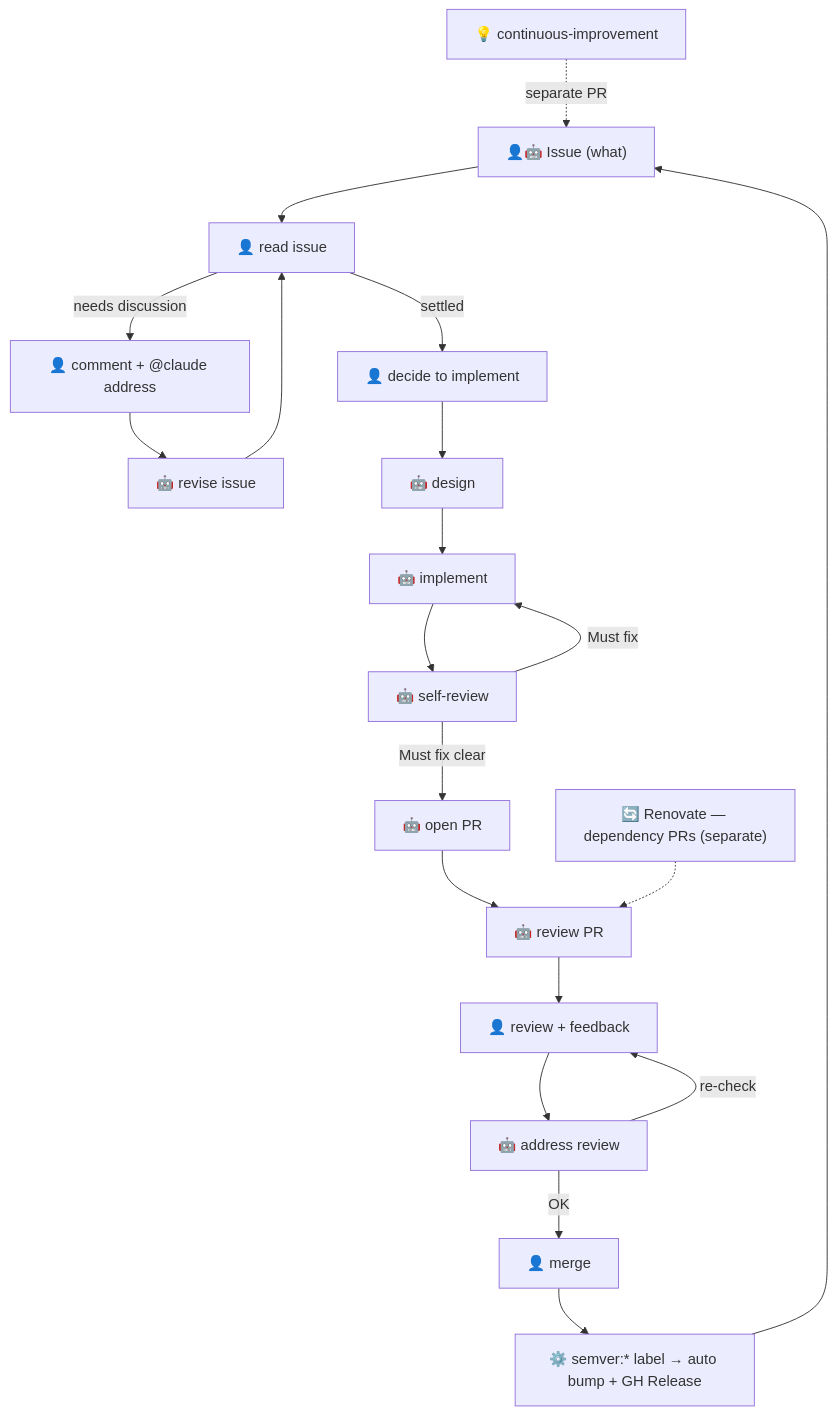
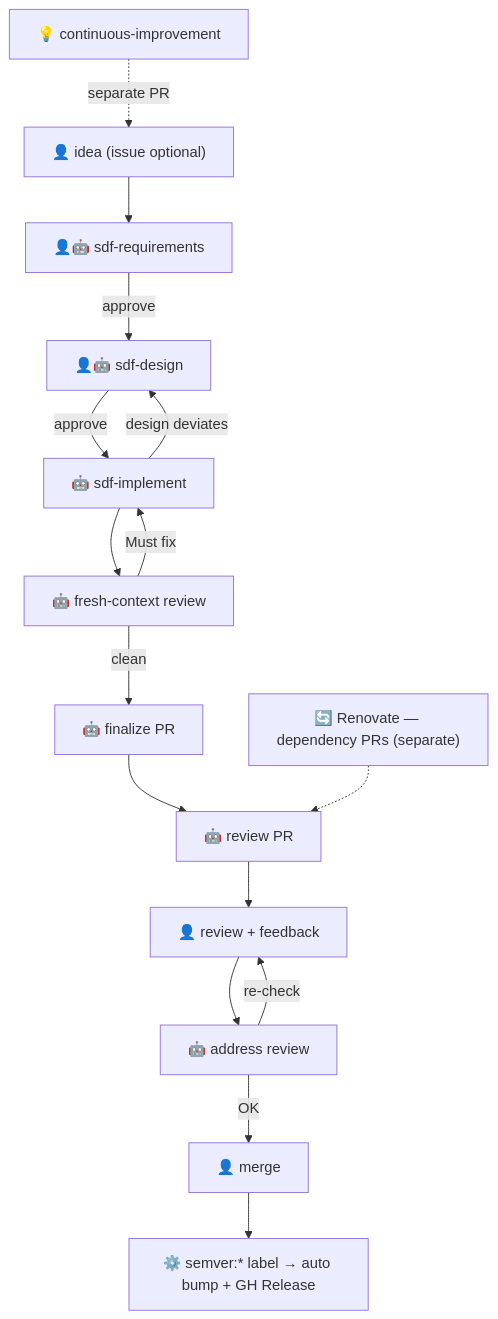
One commit to syakoo/syakoo-lab changed the diagram in .claude/rules/ai-workflow.md. Above: the diagram before and after it, drawn with Mermaid. The commit also changed other lines of this file and 13 other files, not shown here.

````diff
--- a/.claude/rules/ai-workflow.md
+++ b/.claude/rules/ai-workflow.md
@@ -17,22 +15,18 @@
 ```mermaid
 flowchart TD
-  A["👤🤖 Issue (what)"] --> M["👤 read issue"]
-  M -->|"needs discussion"| N["👤 comment + @claude address"]
-  N --> O["🤖 revise issue"]
-  O --> M
-  M -->|"settled"| C["👤 decide to implement"]
-  C --> B["🤖 design"]
-  B --> D["🤖 implement"]
-  D --> S["🤖 self-review"]
-  S -->|"Must fix"| D
-  S -->|"Must fix clear"| P["🤖 open PR"]
+  A["👤 idea (issue optional)"] --> R["👤🤖 sdf-requirements"]
+  R -->|"approve"| D["👤🤖 sdf-design"]
+  D -->|"approve"| I["🤖 sdf-implement"]
+  I -->|"design deviates"| D
+  I --> V["🤖 fresh-context review"]
+  V -->|"Must fix"| I
+  V -->|"clean"| P["🤖 finalize PR"]
   P --> E["🤖 review PR"]
   E --> F["👤 review + feedback"]
   F --> G["🤖 address review"]
   G -->|"re-check"| F
   G -->|"OK"| H["👤 merge"]
   H --> J["⚙️ semver:* label → auto bump + GH Release"]
-  J --> A
   L["💡 continuous-improvement"] -.separate PR.-> A
-  R["🔄 Renovate — dependency PRs (separate)"] -.-> E
+  N["🔄 Renovate — dependency PRs (separate)"] -.-> E
 ```
````
